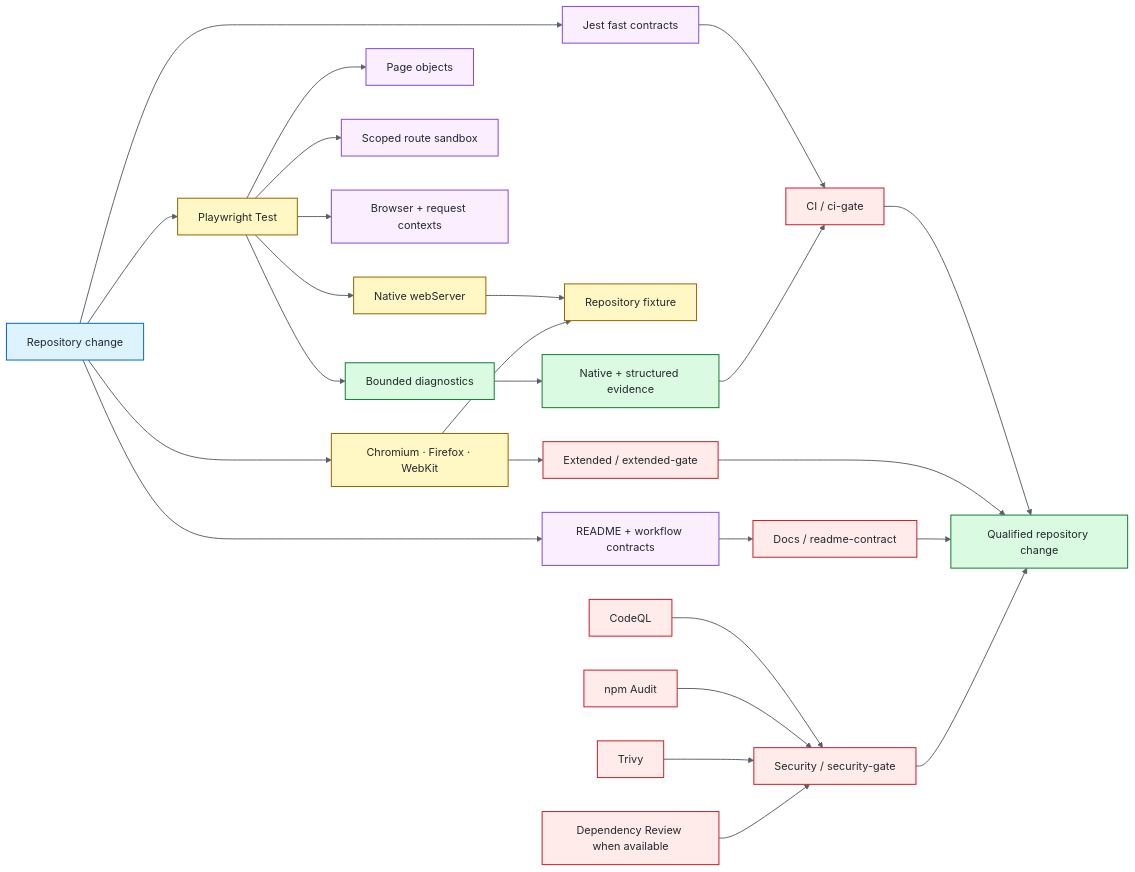
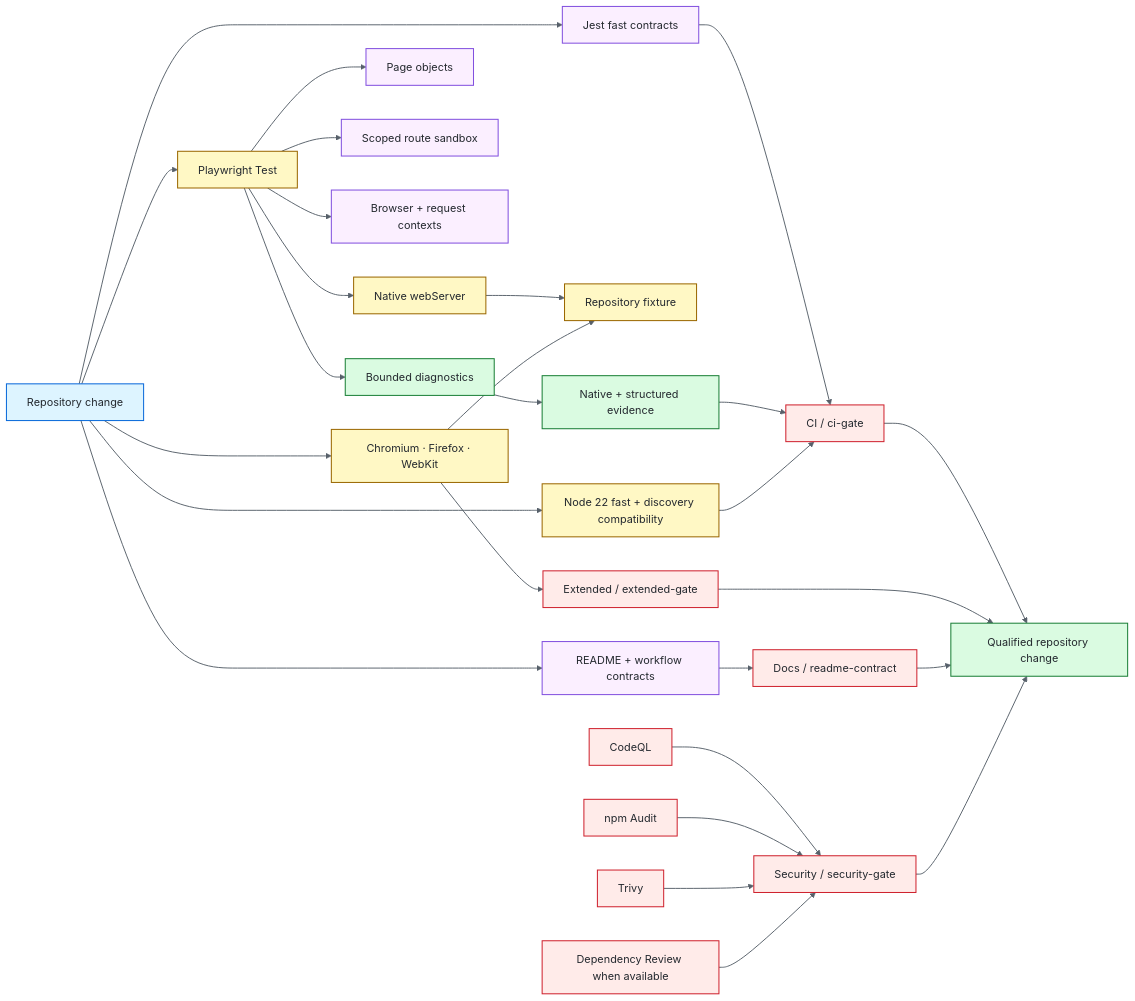
One commit to portyu9/qa-automation-node-playwright changed the diagram in README.md. Above: the diagram before and after it, drawn with Mermaid.

Commit message:
docs: show required Node compatibility in Mermaid diagram

````diff
--- a/README.md
+++ b/README.md
@@ -42,43 +42,45 @@
 ```mermaid
 flowchart LR
     CHANGE[Repository change] --> JEST[Jest fast contracts]
     CHANGE --> PW[Playwright Test]
     PW --> WEB[Native webServer]
     WEB --> FIX[Repository fixture]
     PW --> PAGE[Page objects]
     PW --> ROUTE[Scoped route sandbox]
     PW --> CTX[Browser + request contexts]
     PW --> DIAG[Bounded diagnostics]
     DIAG --> EV[Native + structured evidence]
     JEST --> CIG[CI / ci-gate]
     EV --> CIG
+    CHANGE --> NODE22[Node 22 fast + discovery compatibility]
+    NODE22 --> CIG
 
     CHANGE --> EXT[Chromium · Firefox · WebKit]
     EXT --> FIX
     EXT --> EG[Extended / extended-gate]
 
     CHANGE --> DOCS[README + workflow contracts]
     DOCS --> DG[Docs / readme-contract]
 
     SAST[CodeQL] --> SG[Security / security-gate]
     AUDIT[npm Audit] --> SG
     TRIVY[Trivy] --> SG
     REVIEW[Dependency Review when available] --> SG
 
     CIG --> RESULT[Qualified repository change]
     EG --> RESULT
     DG --> RESULT
     SG --> RESULT
 
     classDef entry fill:#ddf4ff,stroke:#0969da,color:#24292f,stroke-width:1.5px;
     classDef policy fill:#fbefff,stroke:#8250df,color:#24292f,stroke-width:1.5px;
     classDef runtime fill:#fff8c5,stroke:#9a6700,color:#24292f,stroke-width:1.5px;
     classDef evidence fill:#dafbe1,stroke:#1a7f37,color:#24292f,stroke-width:1.5px;
     classDef gate fill:#ffebe9,stroke:#cf222e,color:#24292f,stroke-width:1.5px;
     class CHANGE entry;
     class JEST,PAGE,ROUTE,CTX,DOCS policy;
-    class PW,WEB,FIX,EXT runtime;
+    class PW,WEB,FIX,NODE22,EXT runtime;
     class DIAG,EV,RESULT evidence;
     class CIG,EG,DG,SAST,AUDIT,TRIVY,REVIEW,SG gate;
     linkStyle default stroke:#57606a,stroke-width:1.4px;
 ```
````
